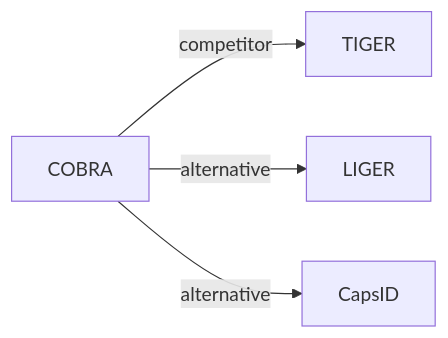
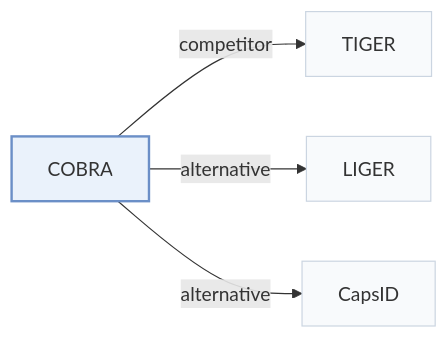
The second of 2 diagrams in pages/papers/cobra.md (Galaxy-ghost/Awesome-SID-Generative-Rec), drawn with Mermaid before and after one commit. The commit also changed other lines of this file and 649 other files, not shown here.

Commit message:
writer-05: also tags and modality index (schema, check, build, visuals); summary field removed; calibration data for 12 papers

````diff
--- a/pages/papers/cobra.md
+++ b/pages/papers/cobra.md
@@ -68,7 +76,11 @@
 ```mermaid
 flowchart LR
     P["COBRA"]
-    P -->|competitor| A["TIGER"]
-    P -->|alternative| B["LIGER"]
-    P -->|alternative| C["CapsID"]
+    P -->|"competitor"| A["TIGER"]
+    P -->|"alternative"| B["LIGER"]
+    P -->|"alternative"| C["CapsID"]
+    classDef main fill:#eaf2fb,stroke:#6b8fc7,stroke-width:2px
+    classDef peer fill:#f8fafc,stroke:#cbd5e1
+    class P main
+    class A,B,C peer
 ```
````
